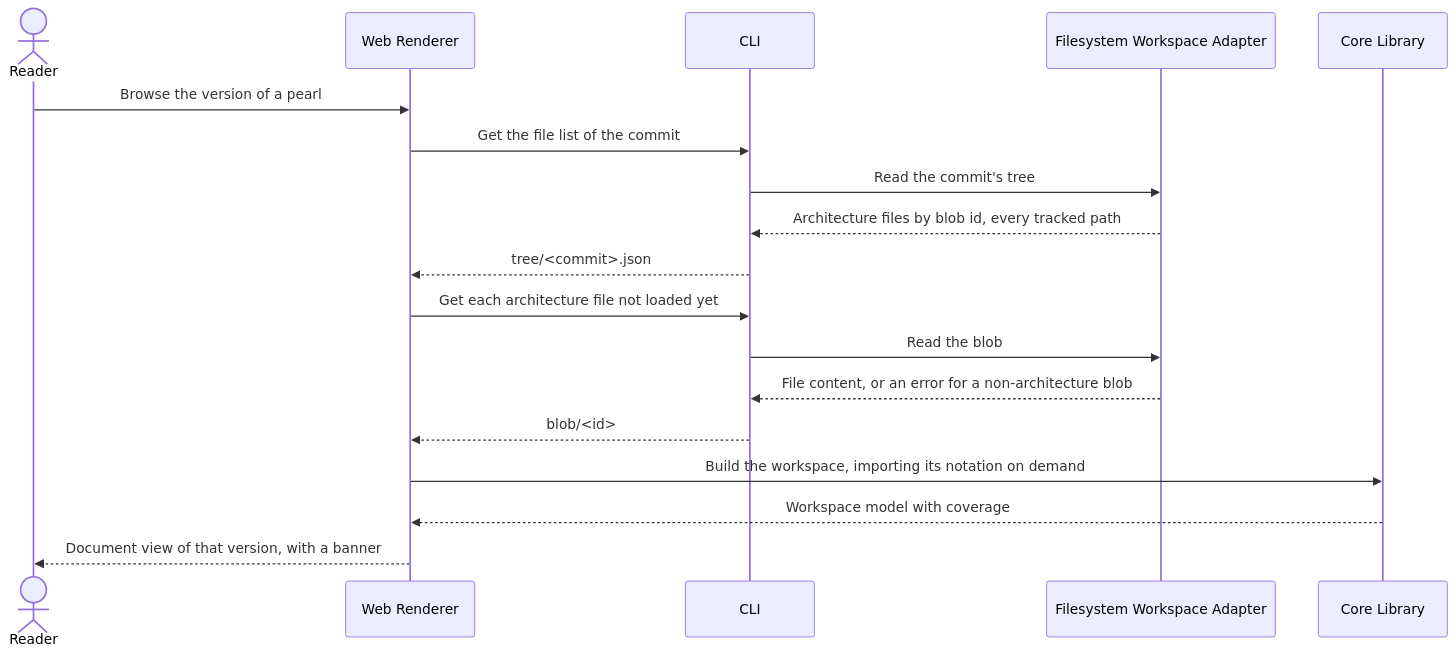
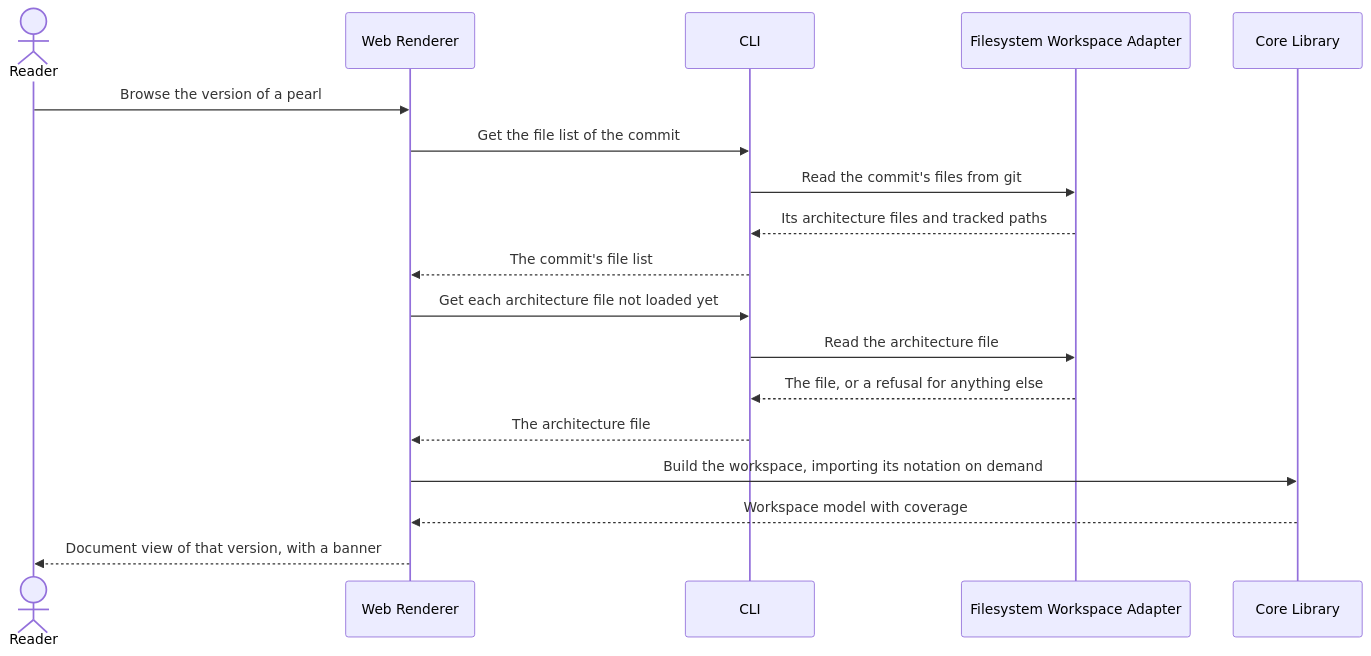
One commit to docToolchain/arc42-language changed the seventh of 7 diagrams in docs/arc42/06-runtime-view.arc42.md. Above: the diagram before and after it, drawn with Mermaid. The commit also changed other lines of this file and 4 other files, not shown here.

````diff
--- a/docs/arc42/06-runtime-view.arc42.md
+++ b/docs/arc42/06-runtime-view.arc42.md
@@ -355,21 +355,21 @@
 ```mermaid
 sequenceDiagram
     actor actor_reader as Reader
     participant bb_web as Web Renderer
     participant bb_cli as CLI
     participant bb_workspace_fs as Filesystem Workspace Adapter
     participant bb_core as Core Library
 
     actor_reader->>bb_web: Browse the version of a pearl
     bb_web->>bb_cli: Get the file list of the commit
-    bb_cli->>bb_workspace_fs: Read the commit's tree
-    bb_workspace_fs-->>bb_cli: Architecture files by blob id, every tracked path
-    bb_cli-->>bb_web: tree/<commit>.json
+    bb_cli->>bb_workspace_fs: Read the commit's files from git
+    bb_workspace_fs-->>bb_cli: Its architecture files and tracked paths
+    bb_cli-->>bb_web: The commit's file list
     bb_web->>bb_cli: Get each architecture file not loaded yet
-    bb_cli->>bb_workspace_fs: Read the blob
-    bb_workspace_fs-->>bb_cli: File content, or an error for a non-architecture blob
-    bb_cli-->>bb_web: blob/<id>
+    bb_cli->>bb_workspace_fs: Read the architecture file
+    bb_workspace_fs-->>bb_cli: The file, or a refusal for anything else
+    bb_cli-->>bb_web: The architecture file
     bb_web->>bb_core: Build the workspace, importing its notation on demand
     bb_core-->>bb_web: Workspace model with coverage
     bb_web-->>actor_reader: Document view of that version, with a banner
 ```
````
